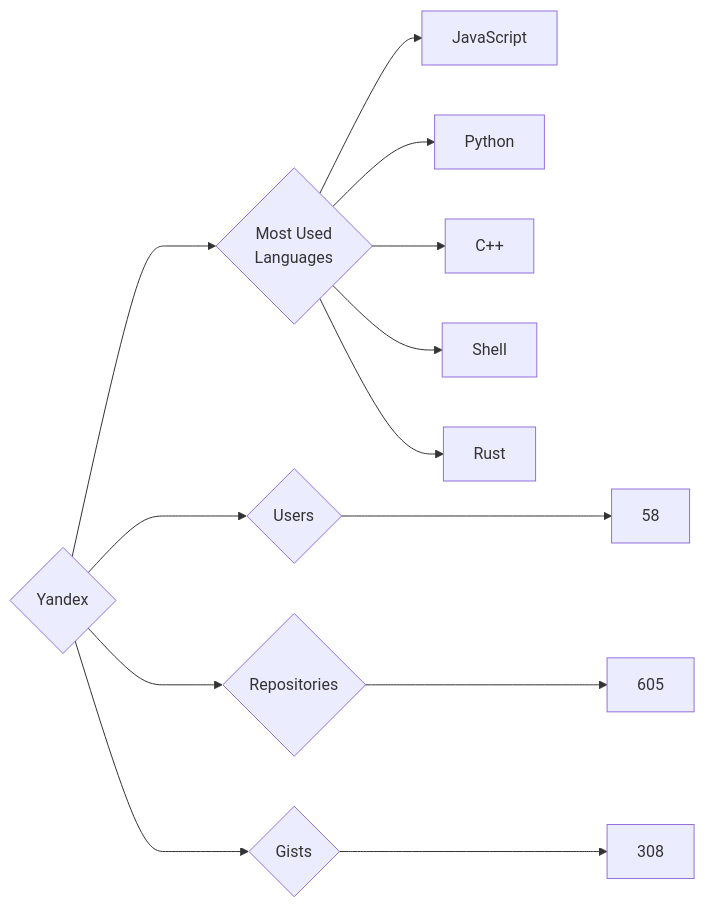
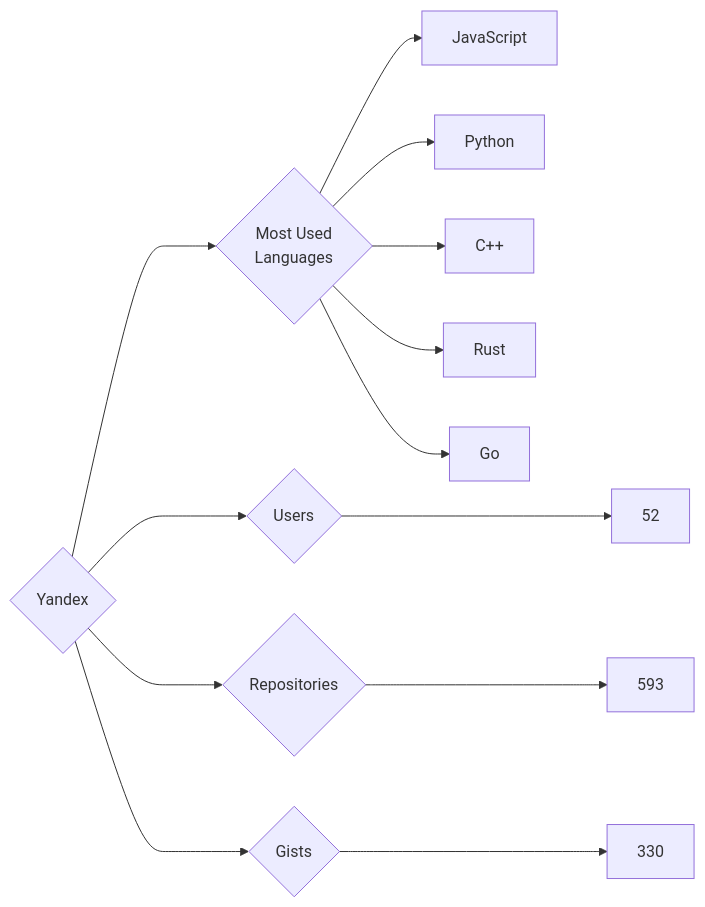
Before and after one commit to trickest/insiders: the diagram in targets/Yandex/README.md, drawn with Mermaid. The commit also changed 1484 other files, not shown here.

````diff
--- a/targets/Yandex/README.md
+++ b/targets/Yandex/README.md
@@ -3,13 +3,13 @@
 ```mermaid
 graph LR
 COMPANY_NAME{Yandex}
-COMPANY_NAME ---> U{Users} ---> UN[58]
-COMPANY_NAME ---> R{Repositories} ---> RN[605]
-COMPANY_NAME ---> G{Gists} ---> GN[308]
+COMPANY_NAME ---> U{Users} ---> UN[52]
+COMPANY_NAME ---> R{Repositories} ---> RN[593]
+COMPANY_NAME ---> G{Gists} ---> GN[330]
 COMPANY_NAME ---> ML{Most Used<br>Languages}
 ML --> JavaScript[JavaScript]
 ML --> Python[Python]
 ML --> C++[C++]
-ML --> Shell[Shell]
 ML --> Rust[Rust]
+ML --> Go[Go]
 ```
````
